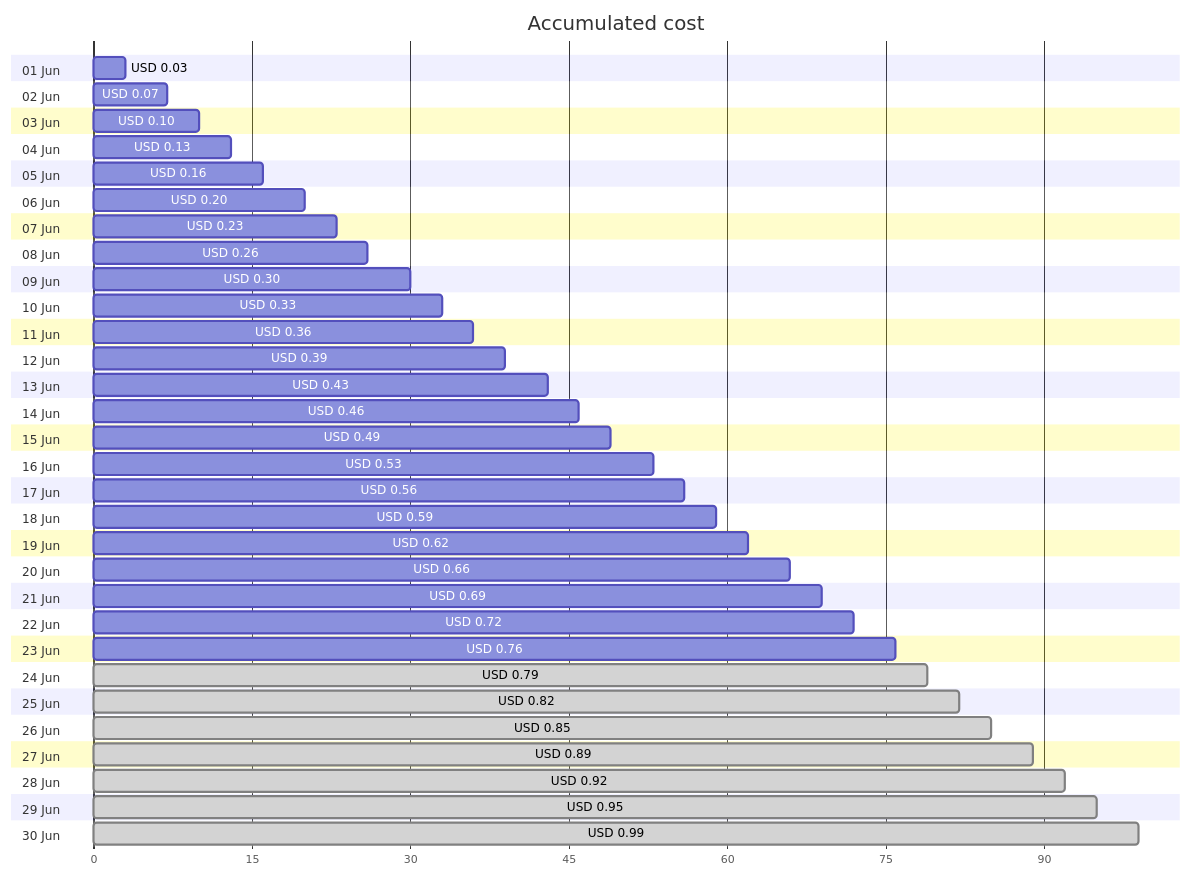
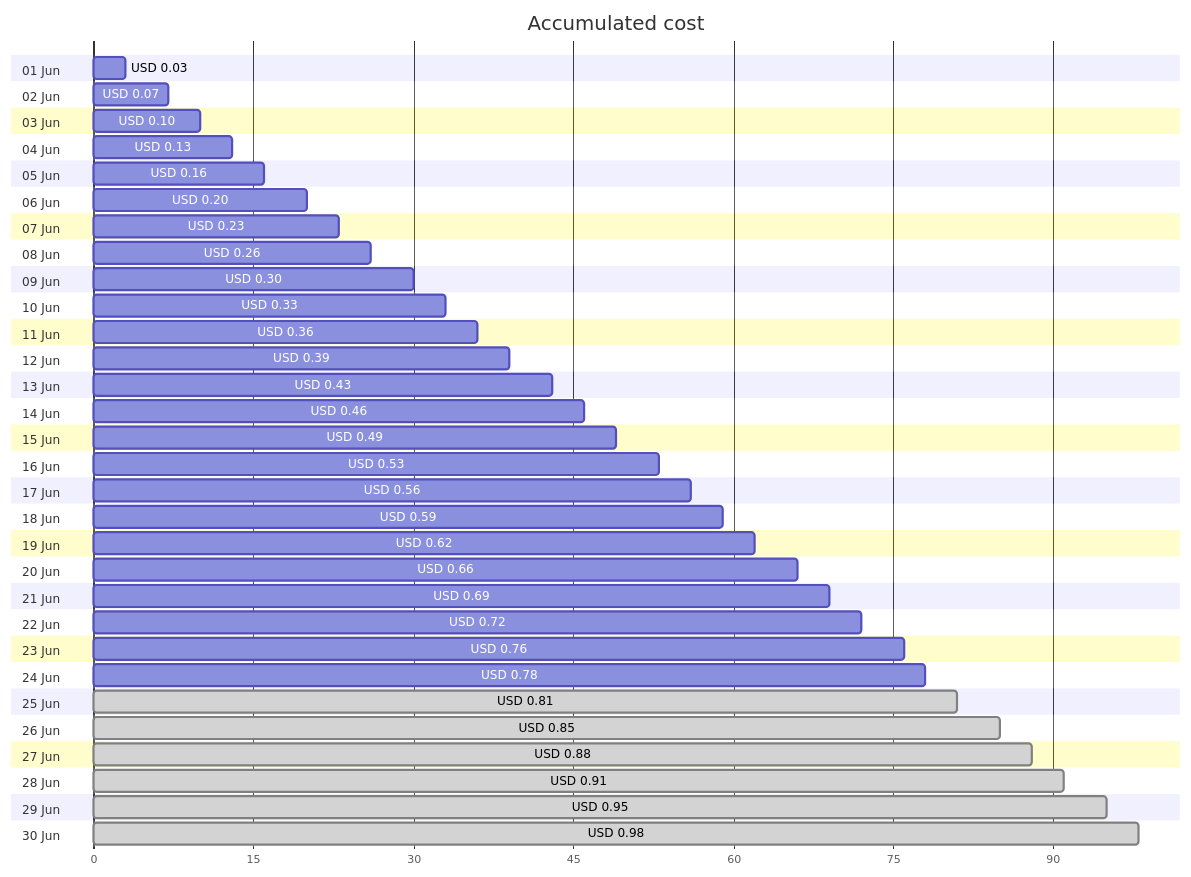
The first of 4 diagrams in cost-reports/personal-dns/README.md (jpfulton/azure-personal-reports), drawn with Mermaid before and after one commit. The commit also changed other lines of this file and 2 other files, not shown here.

````diff
--- a/cost-reports/personal-dns/README.md
+++ b/cost-reports/personal-dns/README.md
@@ -20,66 +20,66 @@
 ```mermaid
 gantt
    title Accumulated cost
    dateFormat  X
    axisFormat %s
    section 01 Jun
    USD 0.03 :0, 3
    section 02 Jun
    USD 0.07 :0, 7
    section 03 Jun
    USD 0.10 :0, 10
    section 04 Jun
    USD 0.13 :0, 13
    section 05 Jun
    USD 0.16 :0, 16
    section 06 Jun
    USD 0.20 :0, 20
    section 07 Jun
    USD 0.23 :0, 23
    section 08 Jun
    USD 0.26 :0, 26
    section 09 Jun
    USD 0.30 :0, 30
    section 10 Jun
    USD 0.33 :0, 33
    section 11 Jun
    USD 0.36 :0, 36
    section 12 Jun
    USD 0.39 :0, 39
    section 13 Jun
    USD 0.43 :0, 43
    section 14 Jun
    USD 0.46 :0, 46
    section 15 Jun
    USD 0.49 :0, 49
    section 16 Jun
    USD 0.53 :0, 53
    section 17 Jun
    USD 0.56 :0, 56
    section 18 Jun
    USD 0.59 :0, 59
    section 19 Jun
    USD 0.62 :0, 62
    section 20 Jun
    USD 0.66 :0, 66
    section 21 Jun
    USD 0.69 :0, 69
    section 22 Jun
    USD 0.72 :0, 72
    section 23 Jun
    USD 0.76 :0, 76
    section 24 Jun
-   USD 0.79 : done, 0, 79
+   USD 0.78 :0, 78
    section 25 Jun
-   USD 0.82 : done, 0, 82
+   USD 0.81 : done, 0, 81
    section 26 Jun
    USD 0.85 : done, 0, 85
    section 27 Jun
-   USD 0.89 : done, 0, 89
+   USD 0.88 : done, 0, 88
    section 28 Jun
-   USD 0.92 : done, 0, 92
+   USD 0.91 : done, 0, 91
    section 29 Jun
    USD 0.95 : done, 0, 95
    section 30 Jun
-   USD 0.99 : done, 0, 99
+   USD 0.98 : done, 0, 98
 ```
````
